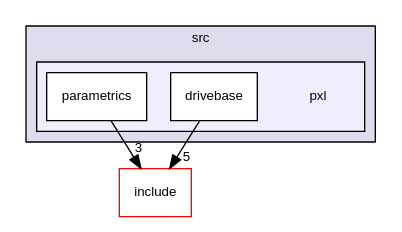
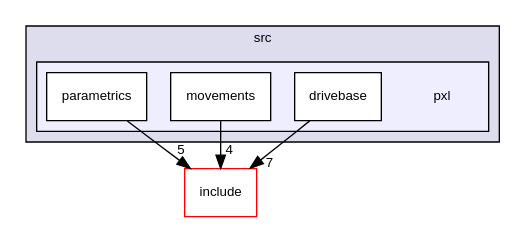
The diagram in dir_87a857eff530ad659c1a04633acb58d5_dep.dot (Pixel-Lib/Pixel), drawn with Graphviz before and after one commit. The commit also changed 222 other files, not shown here.

```diff
--- a/dir_87a857eff530ad659c1a04633acb58d5_dep.dot
+++ b/dir_87a857eff530ad659c1a04633acb58d5_dep.dot
@@ -1,17 +1,19 @@
 digraph "src/pxl" {
   compound=true
   node [ fontsize="10", fontname="Helvetica"];
   edge [ labelfontsize="10", labelfontname="Helvetica"];
   subgraph clusterdir_68267d1309a1af8e8297ef4c3efbcdba {
     graph [ bgcolor="#ddddee", pencolor="black", label="src" fontname="Helvetica", fontsize="10", URL="dir_68267d1309a1af8e8297ef4c3efbcdba.html"]
   subgraph clusterdir_87a857eff530ad659c1a04633acb58d5 {
     graph [ bgcolor="#eeeeff", pencolor="black", label="" URL="dir_87a857eff530ad659c1a04633acb58d5.html"];
     dir_87a857eff530ad659c1a04633acb58d5 [shape=plaintext label="pxl"];
   dir_e919bc17ba6dd875156a1492c2b92224 [shape=box label="drivebase" fillcolor="white" style="filled" URL="dir_e919bc17ba6dd875156a1492c2b92224.html"];
+  dir_da6b542a4b13fc055b1c444658d69961 [shape=box label="movements" fillcolor="white" style="filled" URL="dir_da6b542a4b13fc055b1c444658d69961.html"];
   dir_5268b233717f10508878cca84d25b979 [shape=box label="parametrics" fillcolor="white" style="filled" URL="dir_5268b233717f10508878cca84d25b979.html"];
   }
   }
   dir_d44c64559bbebec7f509842c48db8b23 [shape=box label="include" fillcolor="white" style="filled" color="red" URL="dir_d44c64559bbebec7f509842c48db8b23.html"];
-  dir_5268b233717f10508878cca84d25b979->dir_d44c64559bbebec7f509842c48db8b23 [headlabel="3", labeldistance=1.5 headhref="dir_000007_000000.html"];
-  dir_e919bc17ba6dd875156a1492c2b92224->dir_d44c64559bbebec7f509842c48db8b23 [headlabel="5", labeldistance=1.5 headhref="dir_000006_000000.html"];
+  dir_da6b542a4b13fc055b1c444658d69961->dir_d44c64559bbebec7f509842c48db8b23 [headlabel="4", labeldistance=1.5 headhref="dir_000008_000000.html"];
+  dir_5268b233717f10508878cca84d25b979->dir_d44c64559bbebec7f509842c48db8b23 [headlabel="5", labeldistance=1.5 headhref="dir_000009_000000.html"];
+  dir_e919bc17ba6dd875156a1492c2b92224->dir_d44c64559bbebec7f509842c48db8b23 [headlabel="7", labeldistance=1.5 headhref="dir_000007_000000.html"];
 }
```
